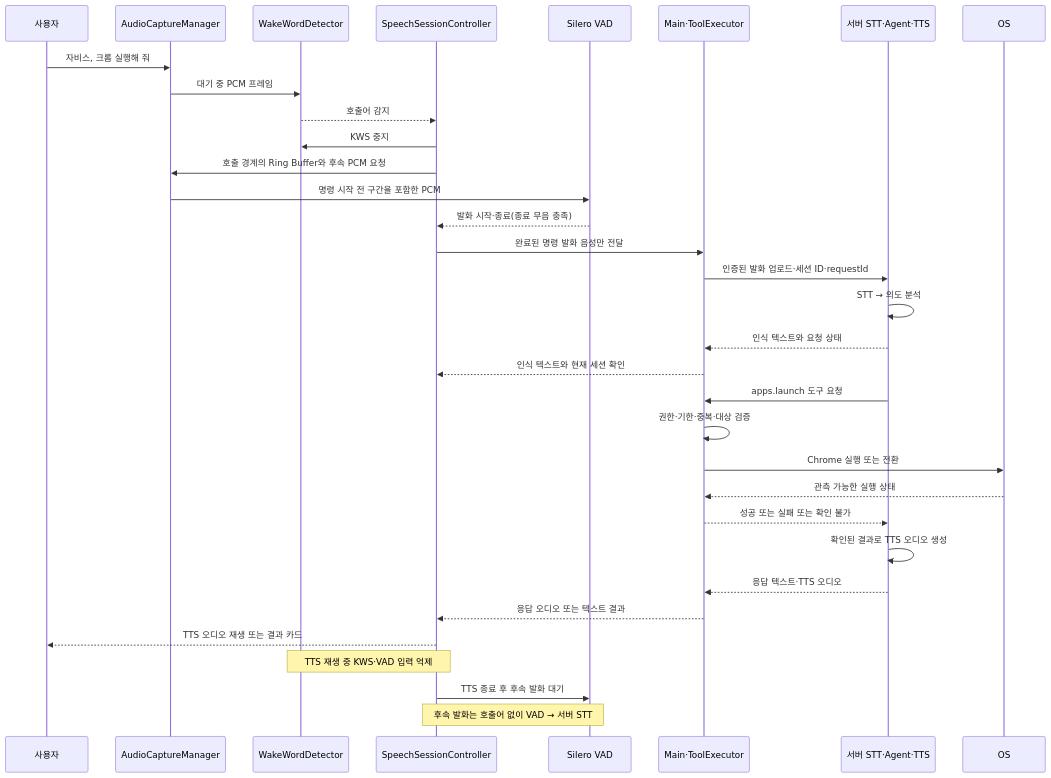
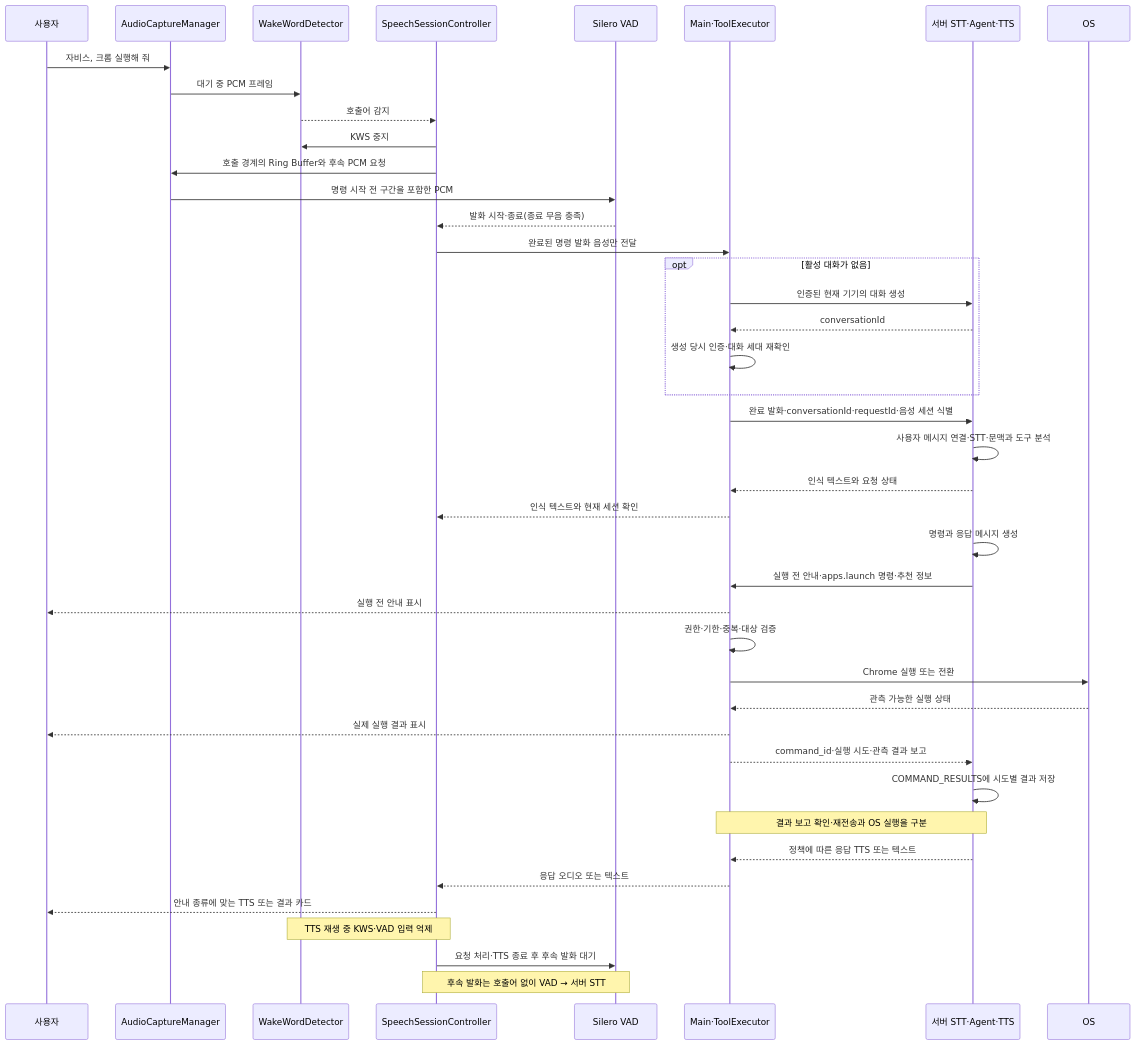
One commit to CCCR-TeamProj-01/Jarvis-client changed the diagram in docs/features/speech.md. Above: the diagram before and after it, drawn with Mermaid. The commit also changed other lines of this file and 12 other files, not shown here.

First line of the commit message:
docs(spec): 서버 ERD 수정 방향에 맞춰 클라이언트 명세 갱신 (#44)

````diff
--- a/docs/features/speech.md
+++ b/docs/features/speech.md
@@ -22,35 +36,44 @@
 ```mermaid
 sequenceDiagram
     participant U as 사용자
     participant A as AudioCaptureManager
     participant K as WakeWordDetector
     participant C as SpeechSessionController
     participant V as Silero VAD
     participant M as Main·ToolExecutor
     participant S as 서버 STT·Agent·TTS
     participant O as OS
     U->>A: 자비스, 크롬 실행해 줘
     A->>K: 대기 중 PCM 프레임
     K-->>C: 호출어 감지
     C->>K: KWS 중지
     C->>A: 호출 경계의 Ring Buffer와 후속 PCM 요청
     A->>V: 명령 시작 전 구간을 포함한 PCM
     V-->>C: 발화 시작·종료(종료 무음 충족)
     C->>M: 완료된 명령 발화 음성만 전달
-    M->>S: 인증된 발화 업로드·세션 ID·requestId
-    S->>S: STT → 의도 분석
+    opt 활성 대화가 없음
+        M->>S: 인증된 현재 기기의 대화 생성
+        S-->>M: conversationId
+        M->>M: 생성 당시 인증·대화 세대 재확인
+    end
+    M->>S: 완료 발화·conversationId·requestId·음성 세션 식별
+    S->>S: 사용자 메시지 연결·STT·문맥과 도구 분석
     S-->>M: 인식 텍스트와 요청 상태
     M-->>C: 인식 텍스트와 현재 세션 확인
-    S->>M: apps.launch 도구 요청
+    S->>S: 명령과 응답 메시지 생성
+    S->>M: 실행 전 안내·apps.launch 명령·추천 정보
+    M-->>U: 실행 전 안내 표시
     M->>M: 권한·기한·중복·대상 검증
     M->>O: Chrome 실행 또는 전환
     O-->>M: 관측 가능한 실행 상태
-    M-->>S: 성공 또는 실패 또는 확인 불가
-    S->>S: 확인된 결과로 TTS 오디오 생성
-    S-->>M: 응답 텍스트·TTS 오디오
-    M-->>C: 응답 오디오 또는 텍스트 결과
-    C-->>U: TTS 오디오 재생 또는 결과 카드
+    M-->>U: 실제 실행 결과 표시
+    M-->>S: command_id·실행 시도·관측 결과 보고
+    S->>S: COMMAND_RESULTS에 시도별 결과 저장
+    Note over M,S: 결과 보고 확인·재전송과 OS 실행을 구분
+    S-->>M: 정책에 따른 응답 TTS 또는 텍스트
+    M-->>C: 응답 오디오 또는 텍스트
+    C-->>U: 안내 종류에 맞는 TTS 또는 결과 카드
     Note over C,K: TTS 재생 중 KWS·VAD 입력 억제
-    C->>V: TTS 종료 후 후속 발화 대기
+    C->>V: 요청 처리·TTS 종료 후 후속 발화 대기
     Note over C,V: 후속 발화는 호출어 없이 VAD → 서버 STT
 ```
````
